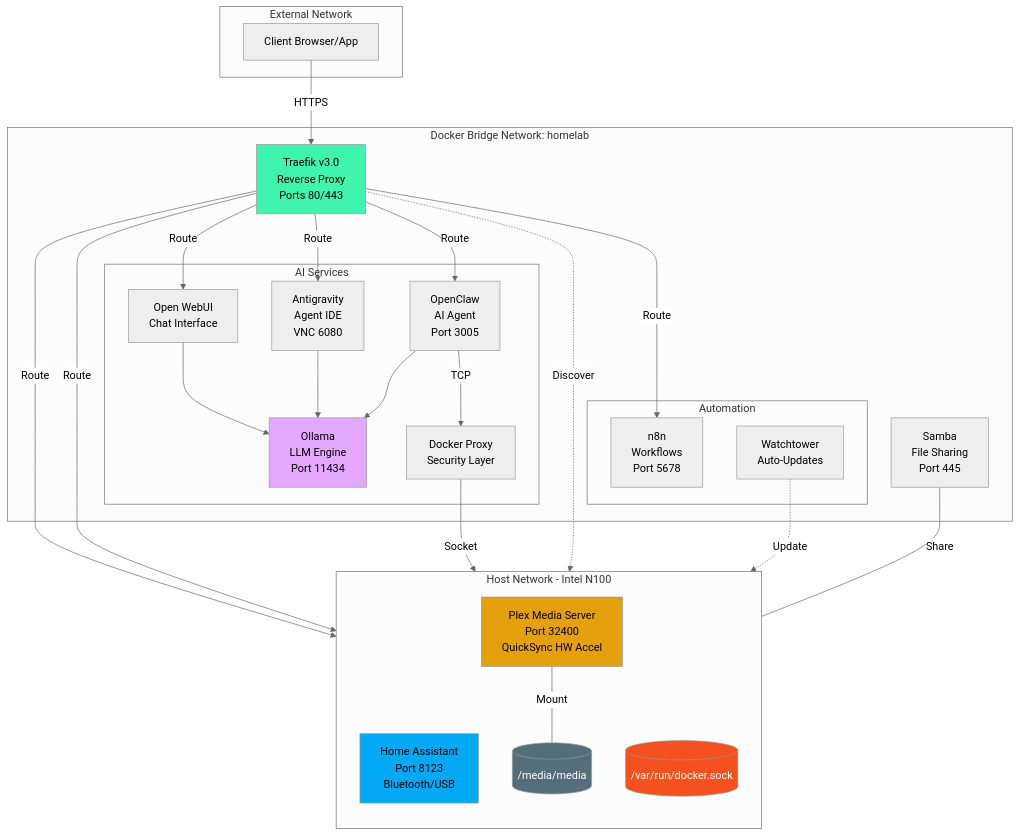
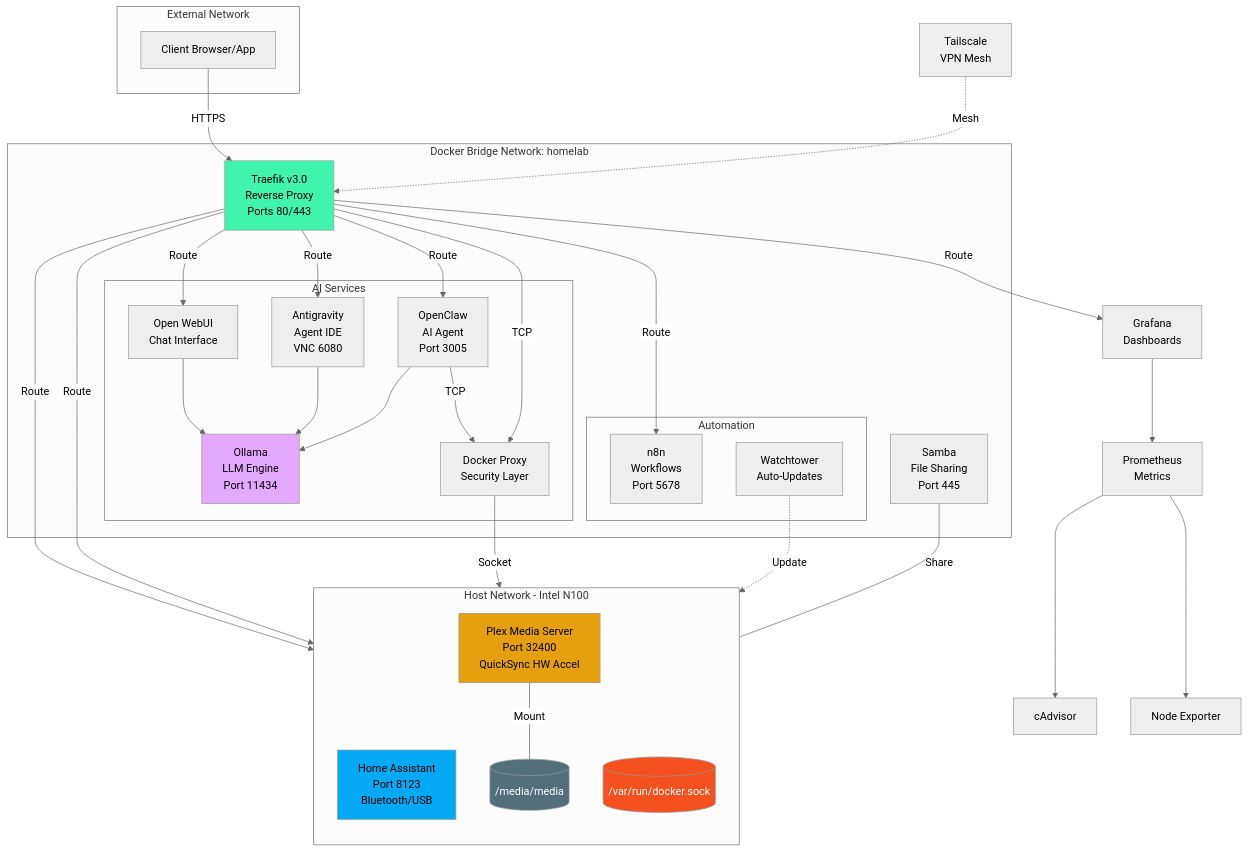
The diagram in README.md (oweibor/homelab), drawn with Mermaid (neutral theme) before and after one commit. The commit also changed other lines of this file and 13 other files, not shown here.

Commit message:
feat: infrastructure overhaul (secure proxy, mkcert, tailscale, monitoring, kilo)

````diff
--- a/README.md
+++ b/README.md
@@ -161,63 +171,72 @@
 ```mermaid
 graph TB
     subgraph Internet[External Network]
         User[Client Browser/App]
     end
 
     subgraph HostNet[Host Network - Intel N100]
         direction TB
         HA[Home Assistant<br/>Port 8123<br/>Bluetooth/USB]
         Plex[Plex Media Server<br/>Port 32400<br/>QuickSync HW Accel]
         DockerSock[("/var/run/docker.sock")]
         MediaData[("/media/media")]
     end
 
     subgraph DockerBridge[Docker Bridge Network: homelab]
         Traefik[Traefik v3.0<br/>Reverse Proxy<br/>Ports 80/443]
         
         subgraph AIStack[AI Services]
             Ollama[Ollama<br/>LLM Engine<br/>Port 11434]
             WebUI[Open WebUI<br/>Chat Interface]
             Antigravity[Antigravity<br/>Agent IDE<br/>VNC 6080]
             OpenClaw[OpenClaw<br/>AI Agent<br/>Port 3005]
             Proxy[Docker Proxy<br/>Security Layer]
         end
         
         subgraph AutoStack[Automation]
             n8n[n8n<br/>Workflows<br/>Port 5678]
             Watchtower[Watchtower<br/>Auto-Updates]
         end
         
         Samba[Samba<br/>File Sharing<br/>Port 445]
     end
 
     User -->|HTTPS| Traefik
     Traefik -->|Route| WebUI
     Traefik -->|Route| HA
     Traefik -->|Route| Plex
     Traefik -->|Route| n8n
     Traefik -->|Route| Antigravity
     Traefik -->|Route| OpenClaw
 
     WebUI --> Ollama
     Antigravity --> Ollama
     OpenClaw --> Ollama
     
     %% System Integrations
     OpenClaw -->|TCP| Proxy
+    Traefik -->|TCP| Proxy
     Proxy -->|Socket| DockerSock
     
-    %% System Integrations
-    Traefik -.->|Discover| DockerSock
+    %% Watchtower (direct socket)
     Watchtower -.->|Update| DockerSock
+    
+    %% Remote Access
+    Tailscale[Tailscale<br/>VPN Mesh] -.->|Mesh| Traefik
+    
+    %% Observability
+    Prometheus[Prometheus<br/>Metrics] --> cAdvisor[cAdvisor]
+    Prometheus --> NodeExp[Node Exporter]
+    Grafana[Grafana<br/>Dashboards] --> Prometheus
+    Traefik -->|Route| Grafana
     
     Plex ---|Mount| MediaData
     Samba ---|Share| MediaData
 
     style Traefik fill:#3ff4ad
     style Ollama fill:#e5a8ff
     style HA fill:#03A9F4
     style Plex fill:#E5A00D
     style MediaData fill:#546E7A,color:#fff
     style DockerSock fill:#F4511E,color:#fff
 ```
````
